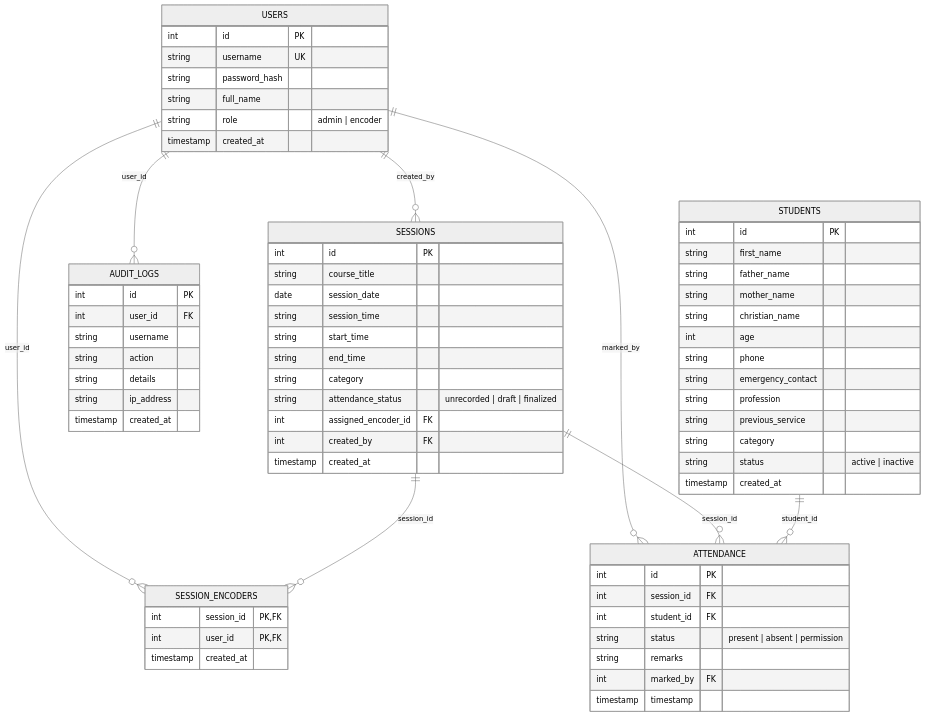
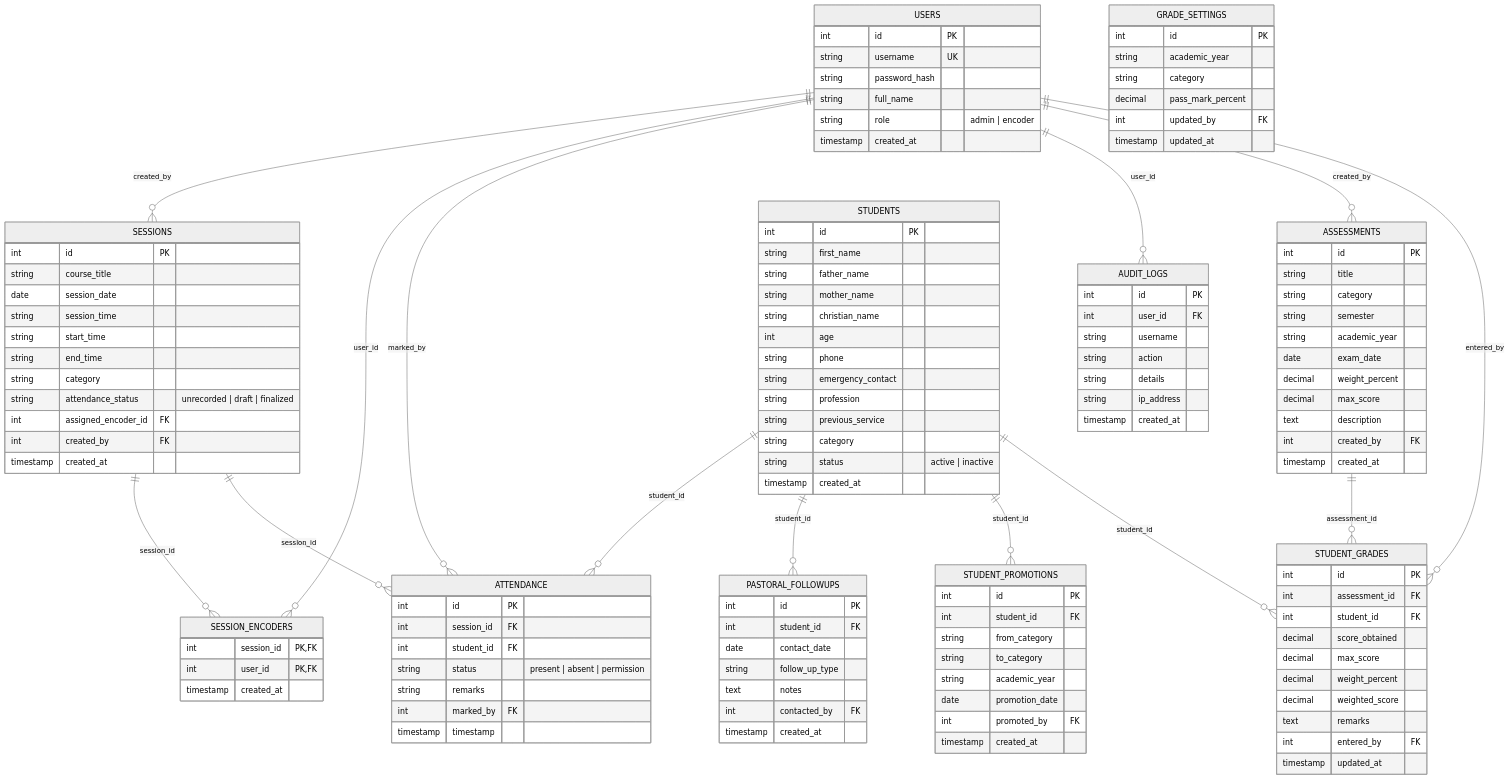
One commit to bisrat0317/sunday-school-attendance changed the diagram in USER_MANUAL.md. Above: the diagram before and after it, drawn with Mermaid (neutral theme). The commit also changed other lines of this file and 2 other files, not shown here.

Commit message:
docs: Update User Manual (MD, HTML & PDF) with Grade Management, Batch Report Cards, and standard Administrator/Encoder roles

```diff
--- a/USER_MANUAL.md
+++ b/USER_MANUAL.md
@@ -177,9 +315,15 @@
     USERS ||--o{ SESSION_ENCODERS : "user_id"
     USERS ||--o{ ATTENDANCE : "marked_by"
     USERS ||--o{ AUDIT_LOGS : "user_id"
+    USERS ||--o{ ASSESSMENTS : "created_by"
+    USERS ||--o{ STUDENT_GRADES : "entered_by"
     SESSIONS ||--o{ SESSION_ENCODERS : "session_id"
     SESSIONS ||--o{ ATTENDANCE : "session_id"
     STUDENTS ||--o{ ATTENDANCE : "student_id"
+    STUDENTS ||--o{ PASTORAL_FOLLOWUPS : "student_id"
+    STUDENTS ||--o{ STUDENT_PROMOTIONS : "student_id"
+    STUDENTS ||--o{ STUDENT_GRADES : "student_id"
+    ASSESSMENTS ||--o{ STUDENT_GRADES : "assessment_id"
 
     USERS {
         int id PK
@@ -236,6 +380,63 @@
         timestamp timestamp
     }
 
+    ASSESSMENTS {
+        int id PK
+        string title
+        string category
+        string semester
+        string academic_year
+        date exam_date
+        decimal weight_percent
+        decimal max_score
+        text description
+        int created_by FK
+        timestamp created_at
+    }
+
+    STUDENT_GRADES {
+        int id PK
+        int assessment_id FK
+        int student_id FK
+        decimal score_obtained
+        decimal max_score
+        decimal weight_percent
+        decimal weighted_score
+        text remarks
+        int entered_by FK
+        timestamp updated_at
+    }
+
+    GRADE_SETTINGS {
+        int id PK
+        string academic_year
+        string category
+        decimal pass_mark_percent
+        int updated_by FK
+        timestamp updated_at
+    }
+
+    PASTORAL_FOLLOWUPS {
+        int id PK
+        int student_id FK
+        date contact_date
+        string follow_up_type
+        text notes
+        int contacted_by FK
+        timestamp created_at
+    }
+
+    STUDENT_PROMOTIONS {
+        int id PK
+        int student_id FK
+        string from_category
+        string to_category
+        string academic_year
+        date promotion_date
+        int promoted_by FK
+        timestamp created_at
+    }
+
     AUDIT_LOGS {
         int id PK
         int user_id FK
```
